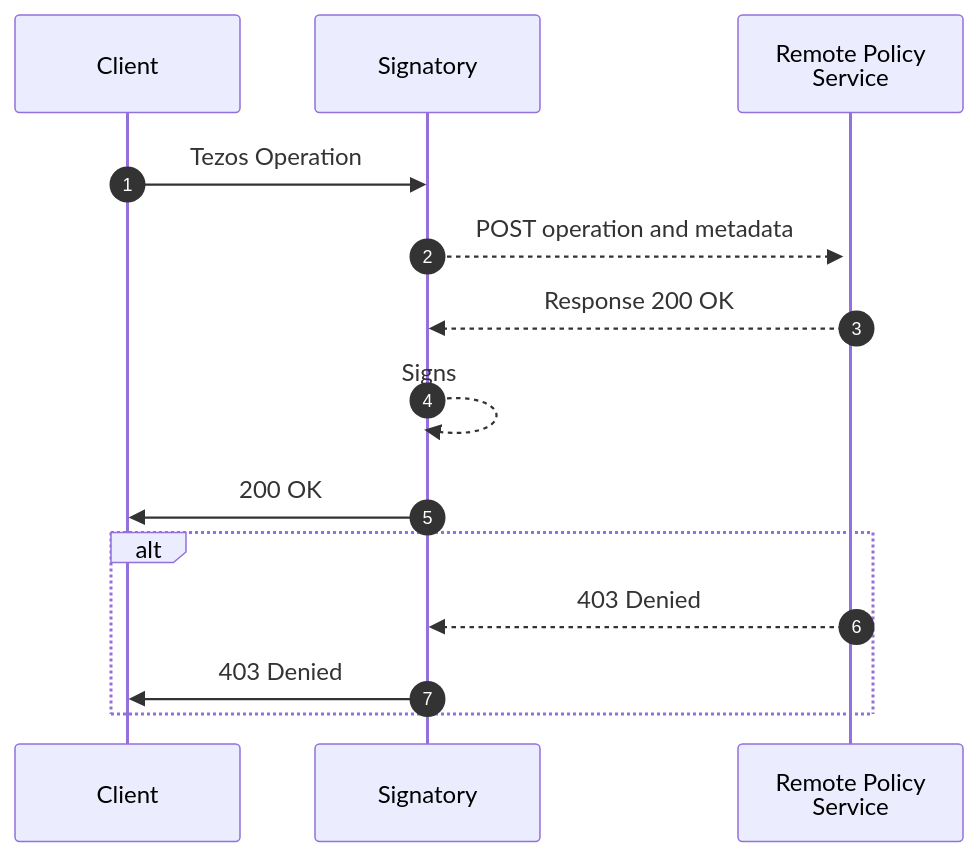
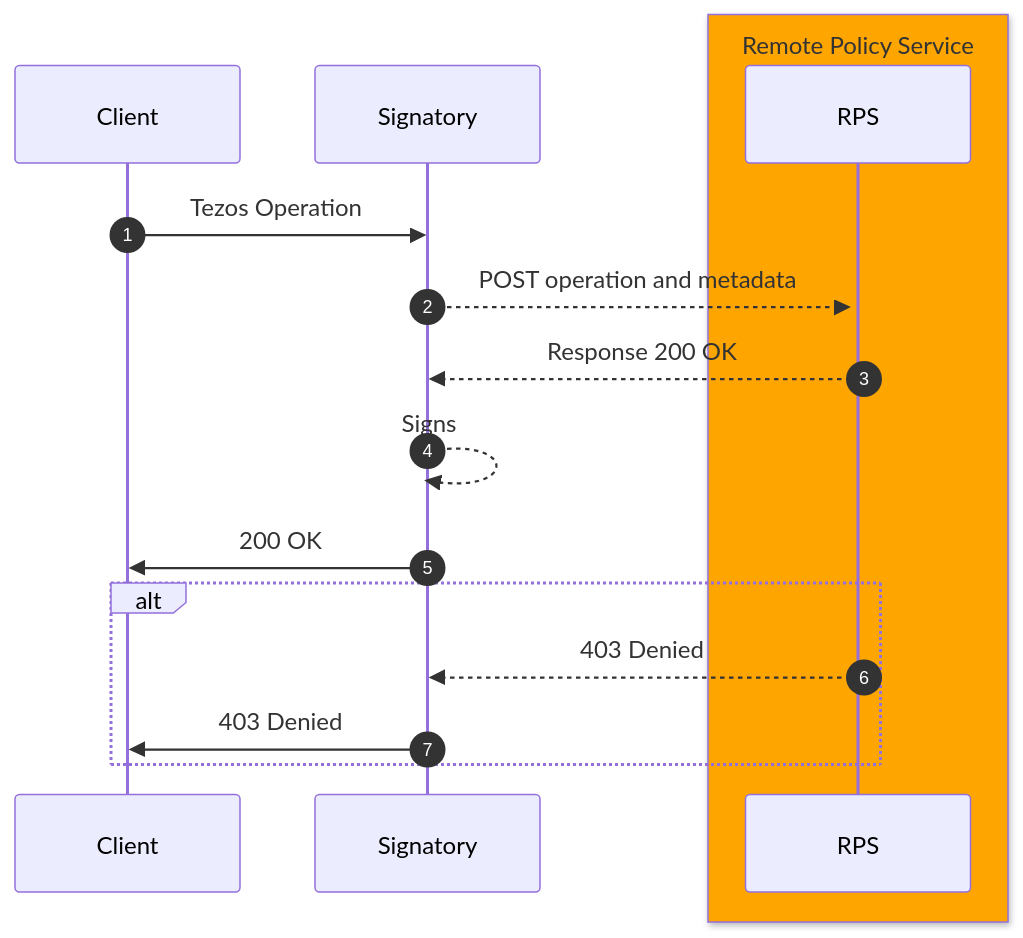
The diagram in docs/remote_policy.md (ecadlabs/signatory), drawn with Mermaid before and after one commit.

Commit message:
try again to get the box

````diff
--- a/docs/remote_policy.md
+++ b/docs/remote_policy.md
@@ -13,18 +13,21 @@
 ```mermaid
 sequenceDiagram
 autonumber
 participant C as Client
 participant S as Signatory
-participant R as Remote Policy<br> Service
+
+box orange Remote Policy Service
+participant R as RPS
+end
 
 C->>S: Tezos Operation
 S-->>+R: POST operation and metadata
 R-->>S: Response 200 OK
 S-->>S: Signs 
 S->>C: 200 OK
 
 alt
 R-->>S: 403 Denied
 S->>C: 403 Denied
 end
 ```
````
